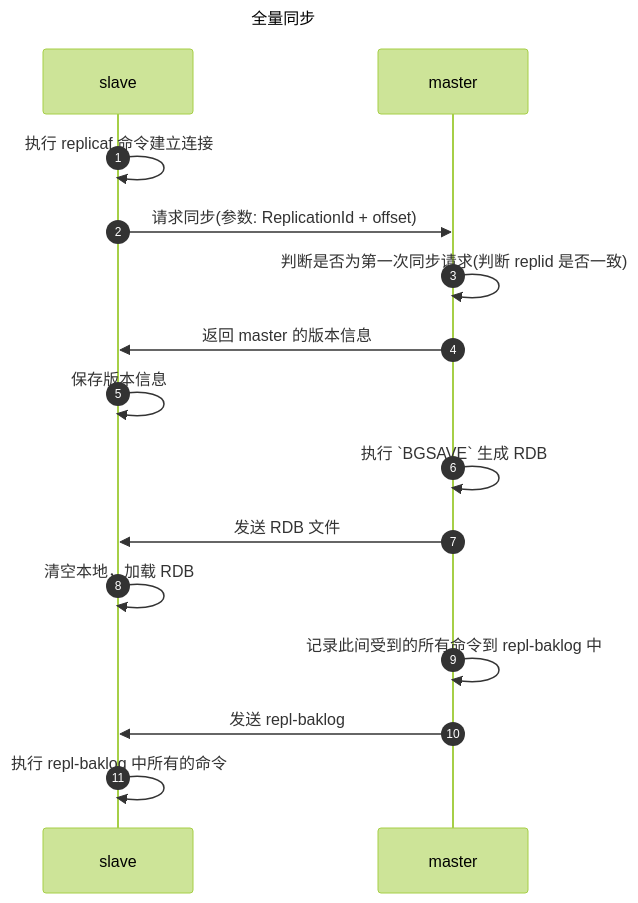
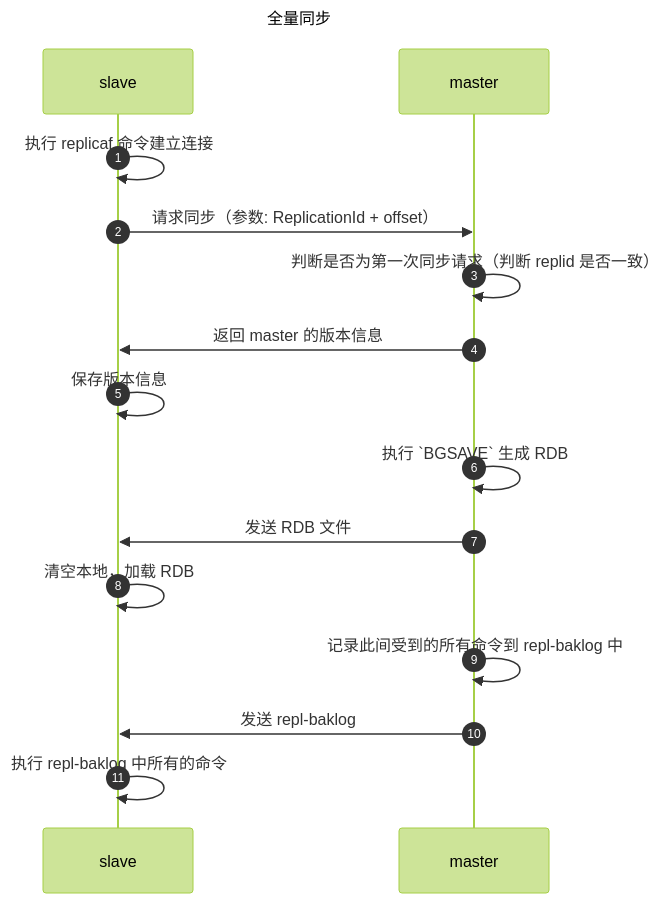
One commit to dingyuqi/keep-it-simple-site changed the first of 2 diagrams in docs/1. 数据库/2024-09-04-Redis 详解.md. Above: the diagram before and after it, drawn with Mermaid (forest theme). The commit also changed other lines of this file and 3 other files, not shown here.

````diff
--- a/docs/1. 数据库/2024-09-04-Redis 详解.md
+++ b/docs/1. 数据库/2024-09-04-Redis 详解.md
@@ -119,20 +122,20 @@
 ``` mermaid
 ---
 title: 全量同步
 ---
 sequenceDiagram
     autonumber
     slave->>slave: 执行 replicaf 命令建立连接
-    slave->>master: 请求同步(参数: ReplicationId + offset)
-    master->>master: 判断是否为第一次同步请求(判断 replid 是否一致)
+    slave->>master: 请求同步（参数: ReplicationId + offset）
+    master->>master: 判断是否为第一次同步请求（判断 replid 是否一致）
     master->>slave: 返回 master 的版本信息
     slave->>slave: 保存版本信息
     master->>master: 执行 `BGSAVE` 生成 RDB
 
     master->>slave: 发送 RDB 文件
     slave->>slave: 清空本地，加载 RDB
     master->>master: 记录此间受到的所有命令到 repl-baklog 中
 
     master->>slave: 发送 repl-baklog
     slave->>slave: 执行 repl-baklog 中所有的命令
 ```
````
